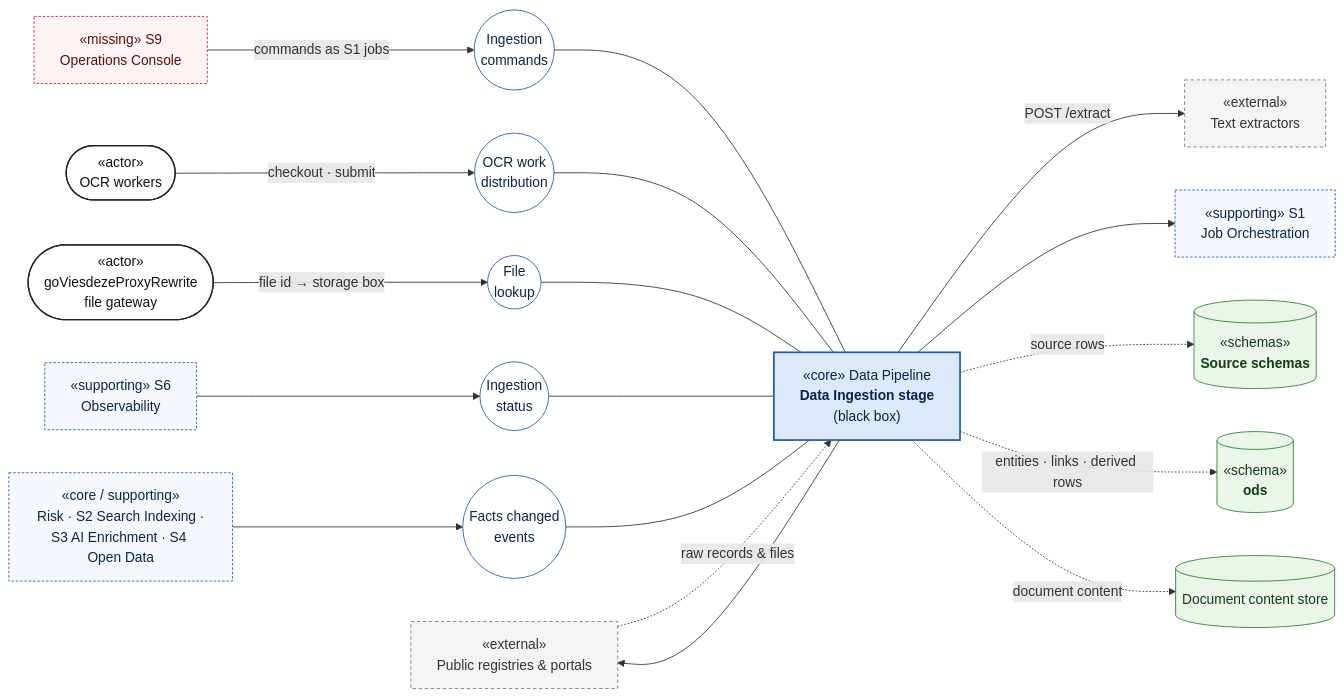
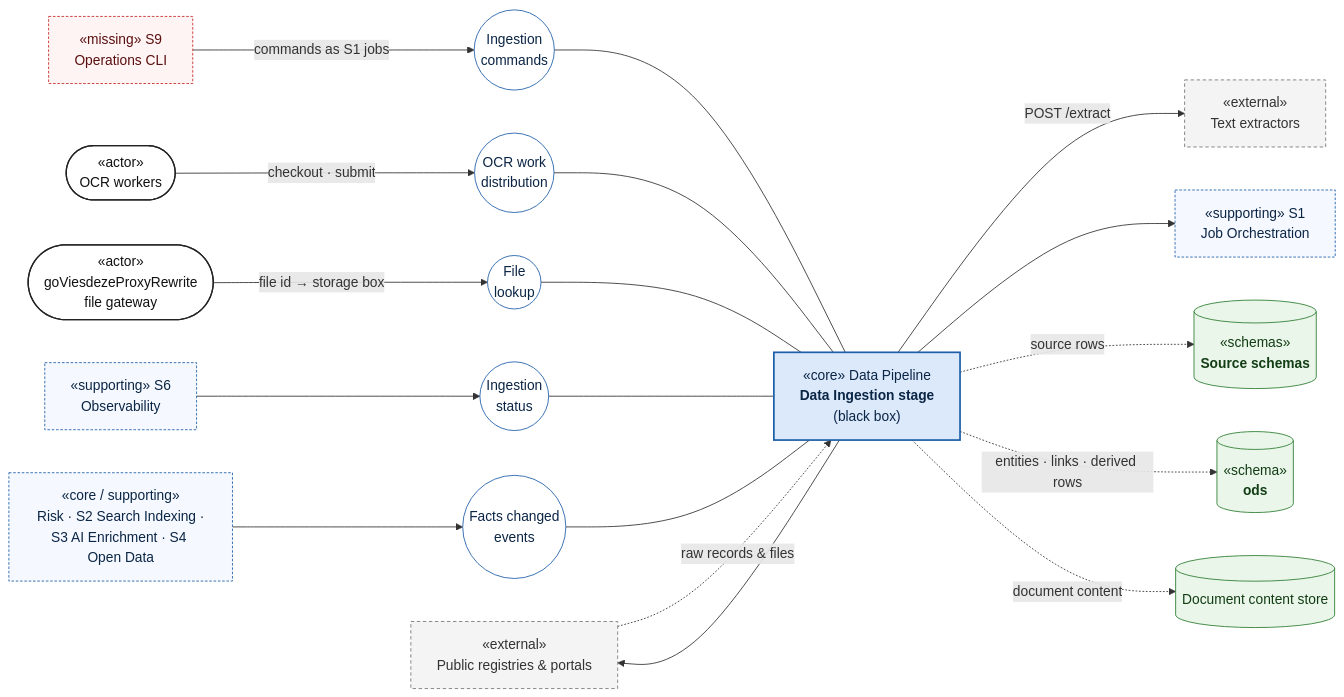
The second of 8 diagrams in docs/architecture/architecture-upgrade.md (Viespirkiu-grupe/viespirkiai), drawn with Mermaid before and after one commit. The commit also changed other lines of this file, not shown here.

````diff
--- a/docs/architecture/architecture-upgrade.md
+++ b/docs/architecture/architecture-upgrade.md
@@ -196,44 +198,44 @@
 ```mermaid
 flowchart LR
     classDef actor fill: #ffffff, stroke: #222, stroke-width: 1.5px, color: #111
     classDef core fill: #dbe9fb, stroke: #1f5fa8, stroke-width: 2px, color: #0b2545
     classDef sup fill: #f5f9ff, stroke: #1f5fa8, stroke-dasharray: 3 2, color: #0b2545
     classDef store fill: #eaf6ea, stroke: #2e7d32, color: #123d14
     classDef ext fill: #f4f4f4, stroke: #777, stroke-dasharray: 4 3, color: #333
     classDef iface fill: #ffffff, stroke: #1f5fa8, color: #0b2545
     classDef missing fill: #fff4f4, stroke: #c62828, stroke-dasharray: 3 2, color: #5a1010
     src["«external»<br/>Public registries & portals"]:::ext
     extr["«external»<br/>Text extractors"]:::ext
     ocr(["«actor»<br/>OCR workers"]):::actor
     fpr(["«actor»<br/>goViesdezeProxyRewrite<br/>file gateway"]):::actor
     iCmd(("Ingestion<br/>commands")):::iface
     iWork(("OCR work<br/>distribution")):::iface
     iFile(("File<br/>lookup")):::iface
     iStatus(("Ingestion<br/>status")):::iface
     iEvt(("Facts changed<br/>events")):::iface
     ing["«core» Data Pipeline<br/><b>Data Ingestion stage</b><br/>(black box)"]:::core
     srcdb[("«schemas»<br/><b>Source schemas</b>")]:::store
     ods[("«schema»<br/><b>ods</b>")]:::store
     docs[("Document content store")]:::store
     s1["«supporting» S1<br/>Job Orchestration"]:::sup
     s6["«supporting» S6<br/>Observability"]:::sup
-    s9["«missing» S9<br/>Operations Console"]:::missing
+    s9["«missing» S9<br/>Operations CLI"]:::missing
     cons["«core / supporting»<br/>Risk · S2 Search Indexing ·<br/>S3 AI Enrichment · S4 Open Data"]:::sup
     iCmd --- ing
     iWork --- ing
     iFile --- ing
     iStatus --- ing
     iEvt --- ing
     s9 -->|" commands as S1 jobs "| iCmd
     ocr -->|" checkout · submit "| iWork
     fpr -->|" file id → storage box "| iFile
     s6 --> iStatus
     cons --> iEvt
     ing --> src
     ing -->|" POST /extract "| extr
     ing --> s1
     src -.->|" raw records & files "| ing
     ing -.->|" source rows "| srcdb
     ing -.->|" entities · links · derived rows "| ods
     ing -.->|" document content "| docs
 ```
````
